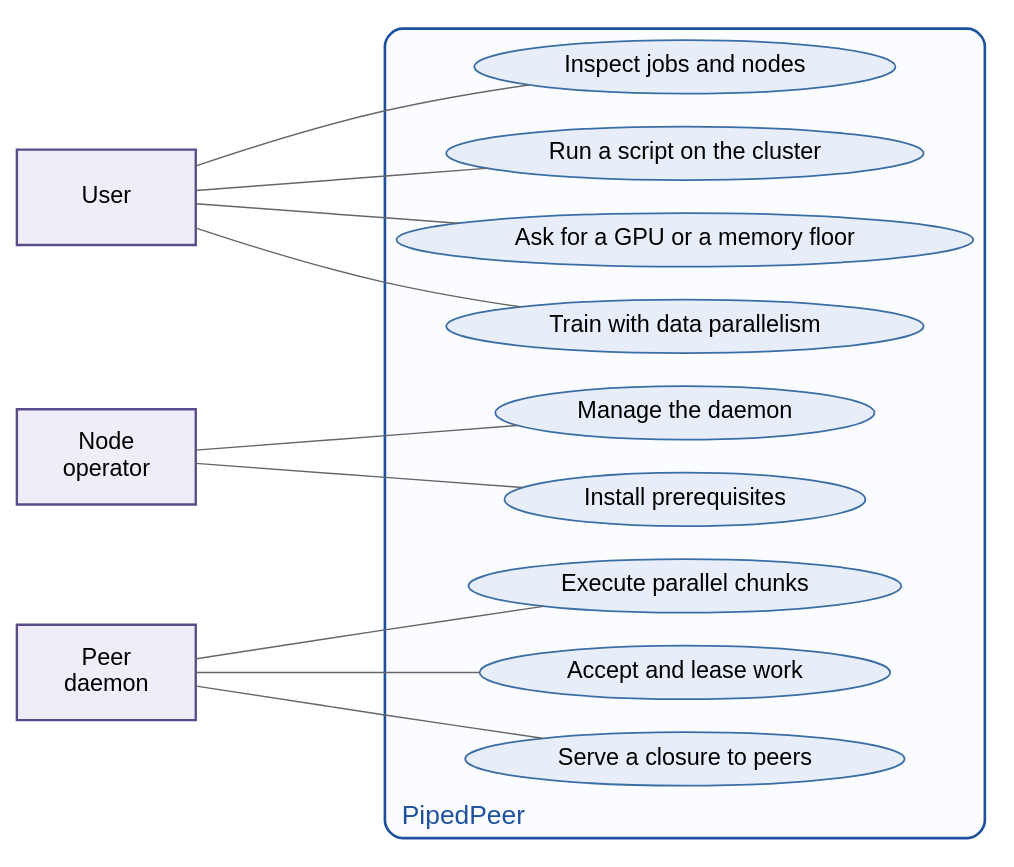
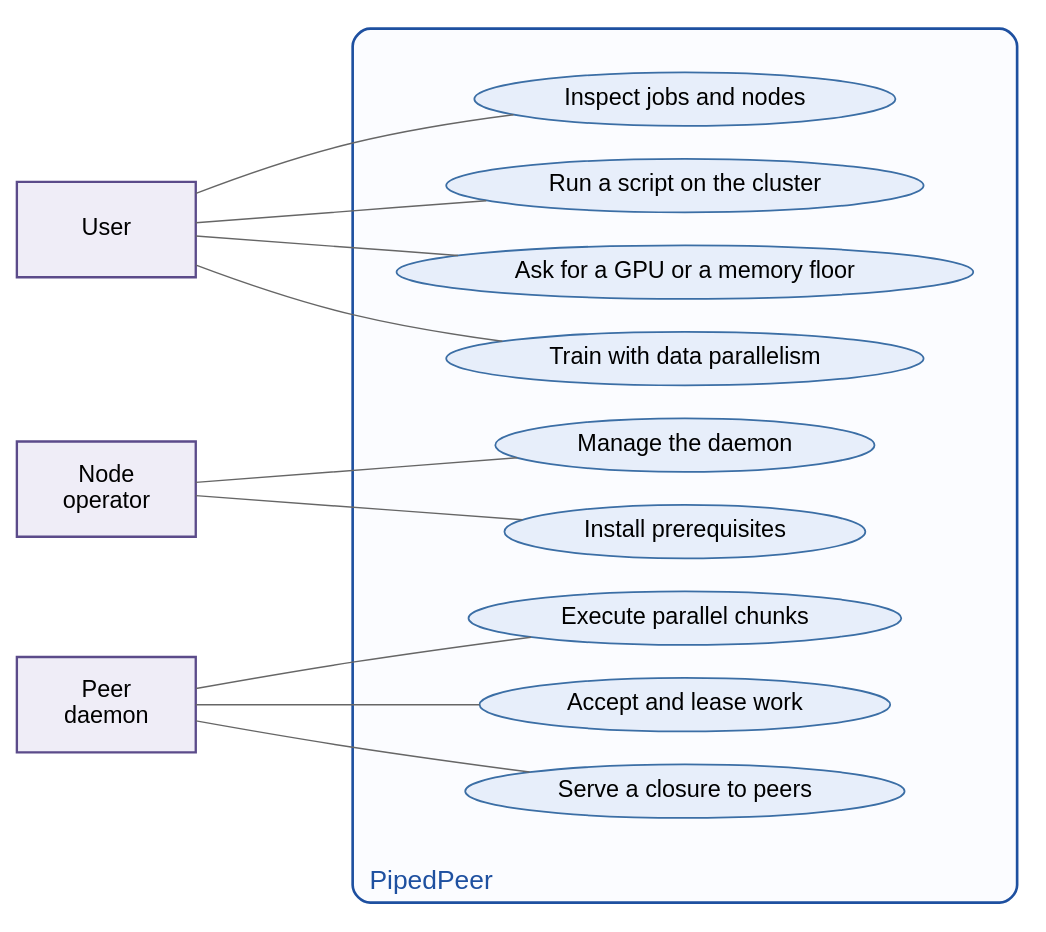
One commit to vinayakyadav2709/Pipedpeer changed the diagram in docs/diagrams/src/fig_3.4_use_case.dot. Above: the diagram before and after it, drawn with Graphviz. The commit also changed 22 other files, not shown here.

First line of the commit message:
Act on the review: correct claims, fix figure collisions, gate the shim in CI

```diff
--- a/docs/diagrams/src/fig_3.4_use_case.dot
+++ b/docs/diagrams/src/fig_3.4_use_case.dot
@@ -1,34 +1,35 @@
 // Figure 3.4 - Use case diagram.
 // The system-boundary label sits at the bottom: at the top an association line
 // from the User ran straight through it.
 digraph UseCase {
   rankdir=LR; bgcolor="white"; nodesep=0.30; ranksep=1.9;
   node [fontname="Helvetica", fontsize=16];
   edge [fontname="Helvetica", fontsize=14, color="#666666", arrowhead=none];
 
   node [shape=box, style=filled, fillcolor="#efedf7", color="#5b4b8a", penwidth=1.6,
         width=1.7, height=0.9];
   user  [label="User"];
   admin [label="Node\noperator"];
   peer  [label="Peer\ndaemon"];
 
   subgraph cluster_sys {
     label="PipedPeer"; labelloc=b; labeljust=l; fontsize=18; fontname="Helvetica";
     style="rounded"; color="#1e50a0"; penwidth=1.8; bgcolor="#fbfcff"; fontcolor="#1e50a0";
+    margin="30,26";
     node [shape=ellipse, style=filled, fillcolor="#e7eefa", color="#3b6ea5",
           penwidth=1.2, width=0, height=0];
     u1 [label="Run a script on the cluster"];
     u2 [label="Ask for a GPU or a memory floor"];
     u3 [label="Train with data parallelism"];
     u4 [label="Inspect jobs and nodes"];
     u5 [label="Accept and lease work"];
     u6 [label="Serve a closure to peers"];
     u7 [label="Execute parallel chunks"];
     u8 [label="Install prerequisites"];
     u9 [label="Manage the daemon"];
   }
 
   user -> u1; user -> u2; user -> u3; user -> u4;
   admin -> u8; admin -> u9;
   peer -> u5; peer -> u6; peer -> u7;
 }
```
